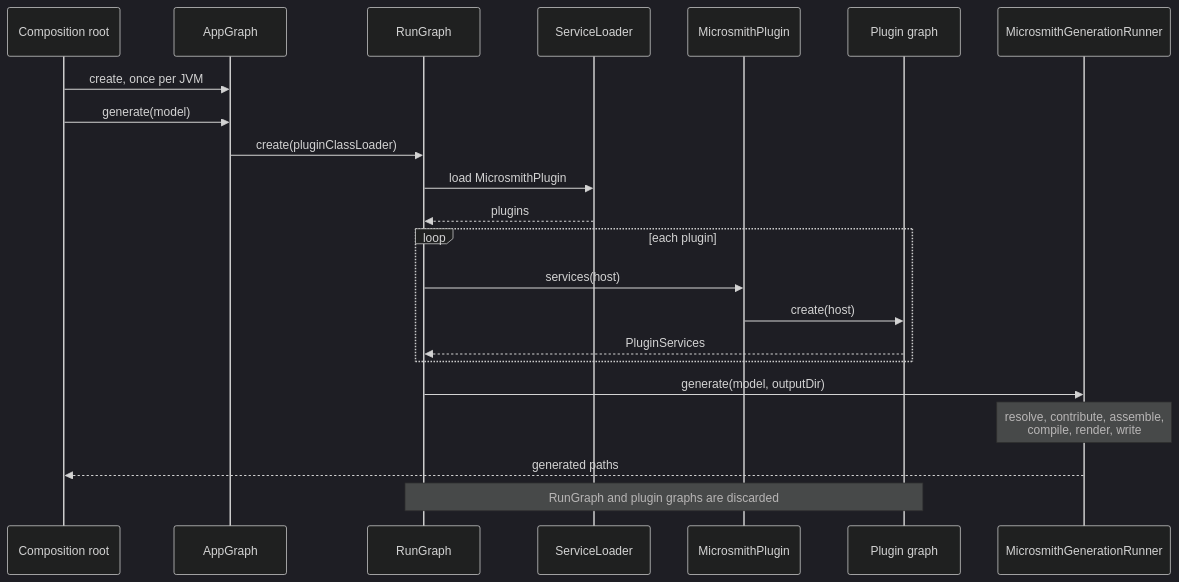
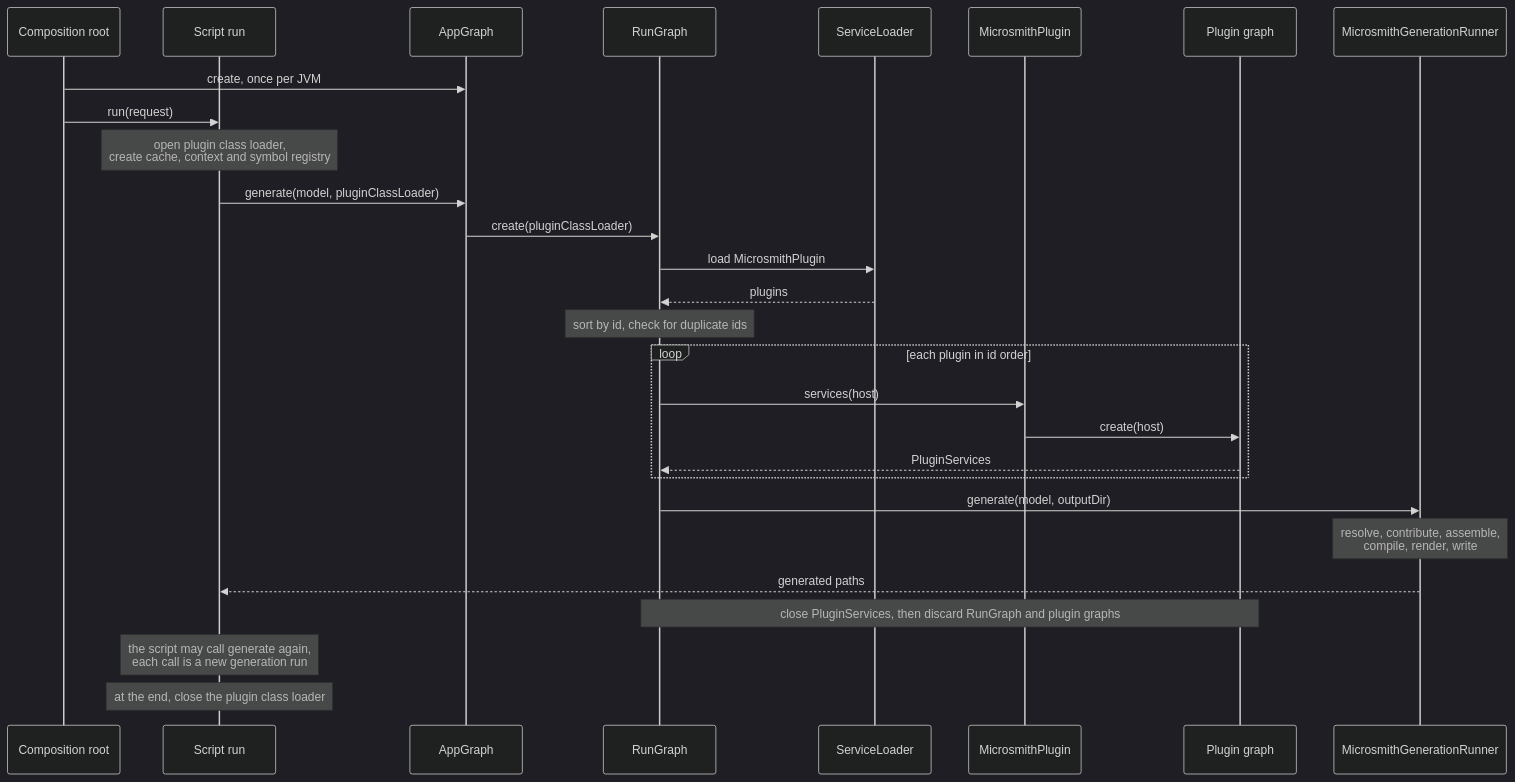
Before and after one commit to LMLiam/microsmith: the seventh of 17 diagrams in docs/design/v4-dependency-injection.md, drawn with Mermaid (dark theme). The commit also changed other lines of this file, not shown here.

````diff
--- a/docs/design/v4-dependency-injection.md
+++ b/docs/design/v4-dependency-injection.md
@@ -327,24 +475,30 @@
 ```mermaid
 sequenceDiagram
     participant Root as Composition root
+    participant Script as Script run
     participant App as AppGraph
     participant Run as RunGraph
     participant SL as ServiceLoader
     participant Plugin as MicrosmithPlugin
     participant PG as Plugin graph
     participant Runner as MicrosmithGenerationRunner
     Root->>App: create, once per JVM
-    Root->>App: generate(model)
+    Root->>Script: run(request)
+    Note over Script: open plugin class loader,<br/>create cache, context and symbol registry
+    Script->>App: generate(model, pluginClassLoader)
     App->>Run: create(pluginClassLoader)
     Run->>SL: load MicrosmithPlugin
     SL-->>Run: plugins
-    loop each plugin
+    Note over Run: sort by id, check for duplicate ids
+    loop each plugin in id order
         Run->>Plugin: services(host)
         Plugin->>PG: create(host)
         PG-->>Run: PluginServices
     end
     Run->>Runner: generate(model, outputDir)
     Note over Runner: resolve, contribute, assemble,<br/>compile, render, write
-    Runner-->>Root: generated paths
-    Note over Run,PG: RunGraph and plugin graphs are discarded
+    Runner-->>Script: generated paths
+    Note over Run,PG: close PluginServices, then discard RunGraph and plugin graphs
+    Note over Script: the script may call generate again,<br/>each call is a new generation run
+    Note over Script: at the end, close the plugin class loader
 ```
````
